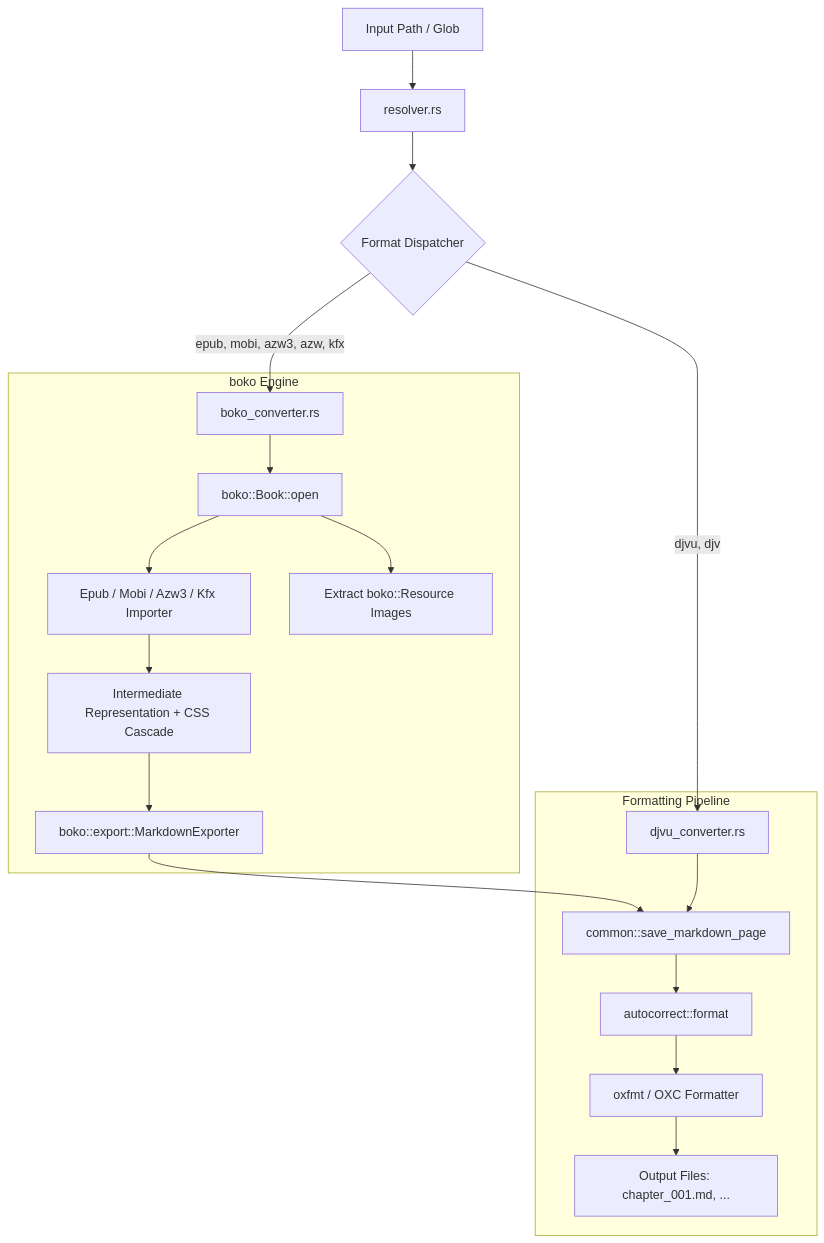
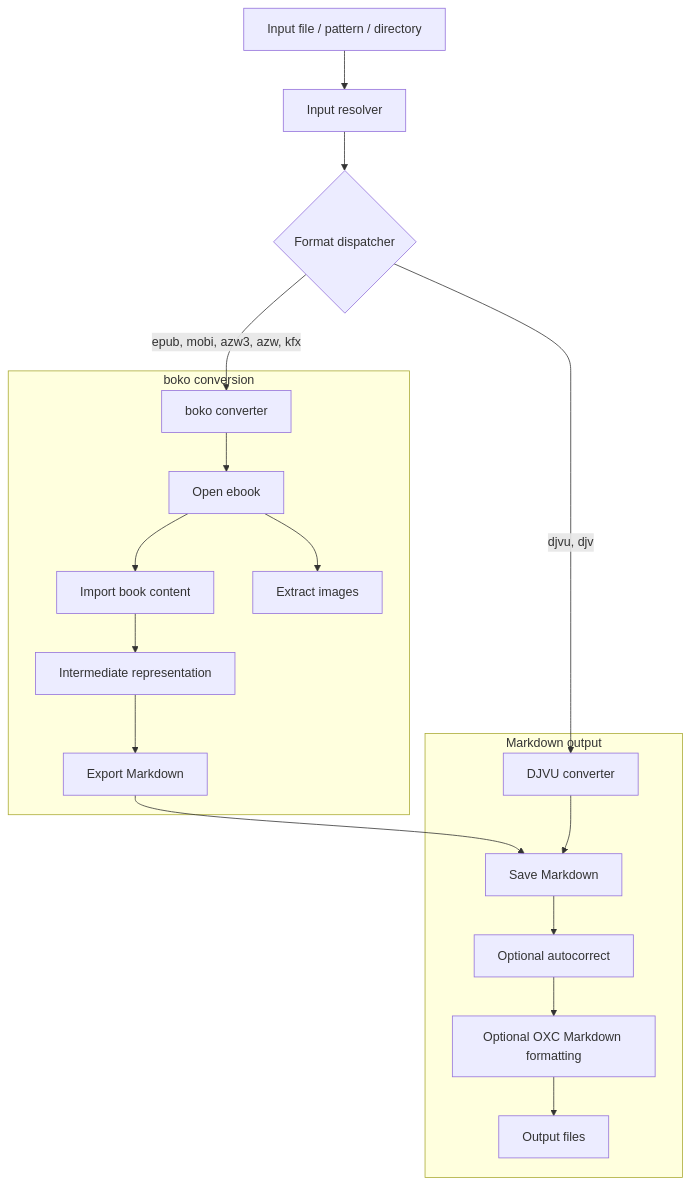
The diagram in README.md (paazmaya/tawata), drawn with Mermaid before and after one commit. The commit also changed other lines of this file and 4 other files, not shown here.

````diff
--- a/README.md
+++ b/README.md
@@ -8,24 +8,24 @@
 ```mermaid
 flowchart TD
-    Input[Input Path / Glob] --> Resolver[resolver.rs]
-    Resolver --> Dispatch{Format Dispatcher}
+    Input[Input file / pattern / directory] --> Resolver[Input resolver]
+    Resolver --> Dispatch{Format dispatcher}
 
-    Dispatch -->|epub, mobi, azw3, azw, kfx| BokoEngine[boko_converter.rs]
-    Dispatch -->|djvu, djv| DjvuEngine[djvu_converter.rs]
+    Dispatch -->|epub, mobi, azw3, azw, kfx| BokoEngine[boko converter]
+    Dispatch -->|djvu, djv| DjvuEngine[DJVU converter]
 
-    subgraph Boko [boko Engine]
-        BokoEngine --> BookOpen[boko::Book::open]
-        BookOpen --> Importer[Epub / Mobi / Azw3 / Kfx Importer]
-        Importer --> IR[Intermediate Representation + CSS Cascade]
-        IR --> BokoExport[boko::export::MarkdownExporter]
-        BookOpen --> ImgExtract[Extract boko::Resource Images]
+    subgraph Boko [boko conversion]
+        BokoEngine --> BookOpen[Open ebook]
+        BookOpen --> Importer[Import book content]
+        Importer --> IR[Intermediate representation]
+        IR --> BokoExport[Export Markdown]
+        BookOpen --> ImgExtract[Extract images]
     end
 
-    subgraph Post [Formatting Pipeline]
-        BokoExport --> Save[common::save_markdown_page]
+    subgraph Post [Markdown output]
+        BokoExport --> Save[Save Markdown]
         DjvuEngine --> Save
-        Save --> Autocorrect[autocorrect::format]
-        Autocorrect --> Oxfmt[oxfmt / OXC Formatter]
-        Oxfmt --> OutputFiles[Output Files: chapter_001.md, ...]
+        Save --> Autocorrect[Optional autocorrect]
+        Autocorrect --> OXC[Optional OXC Markdown formatting]
+        OXC --> OutputFiles[Output files]
     end
 ```
````
